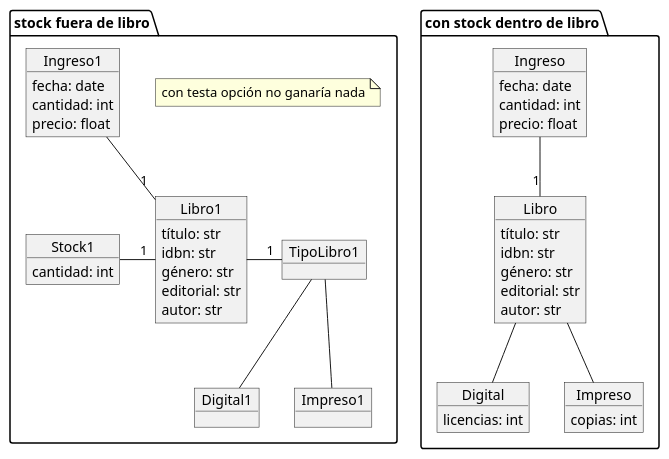
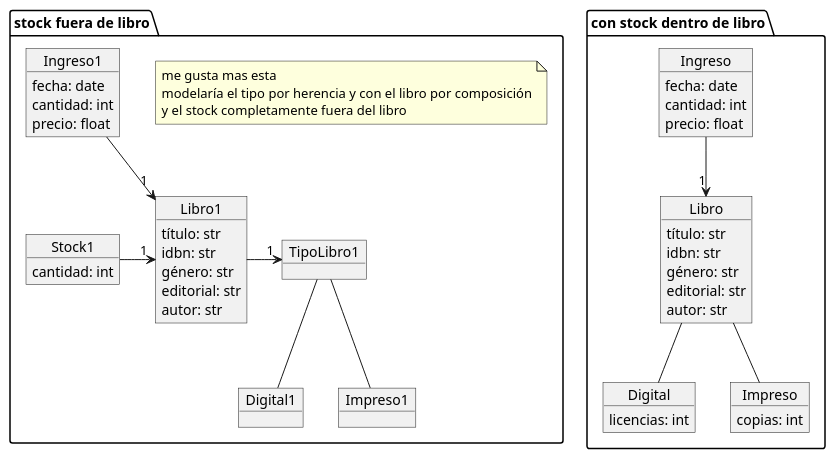
Before and after one commit to pablodanielrey/dsbm: the diagram in dudas/relaciones_temporales_modelo_dominio/ingresos.plantuml, drawn with PlantUML.

Commit message:
agregeue direccion a las asociaciones

```diff
--- a/dudas/relaciones_temporales_modelo_dominio/ingresos.plantuml
+++ b/dudas/relaciones_temporales_modelo_dominio/ingresos.plantuml
@@ -1,65 +1,65 @@
 @startuml
 
 package "con stock dentro de libro" {
     object Libro {
         título: str
         idbn: str
         género: str
         editorial: str
         autor: str
     }
     object Digital {
         licencias: int
     }
     object Impreso {
         copias: int
     }
 
     object Ingreso {
     fecha: date
     cantidad: int
     precio: float
     }
 
     Libro -d- Digital
     Libro -d- Impreso
 
-    Ingreso -d- "1" Libro
+    Ingreso -d-> "1" Libro
 }
 
 package "stock fuera de libro" {
-    note "con testa opción no ganaría nada" as n1
+    note "me gusta mas esta\nmodelaría el tipo por herencia y con el libro por composición\ny el stock completamente fuera del libro" as n1
     object Libro1 {
         título: str
         idbn: str
         género: str
         editorial: str
         autor: str
     }
     object TipoLibro1
     object Digital1
     object Impreso1
 
     object Stock1 {
         cantidad: int
     }
 
     object Ingreso1 {
         fecha: date
         cantidad: int
         precio: float
     }
 
-    Libro1 - "1" TipoLibro1
+    Libro1 -> "1" TipoLibro1
 
     TipoLibro1 -d- Digital1
     TipoLibro1 -d- Impreso1
 
-    Ingreso1 -d- "1" Libro1
+    Ingreso1 -d-> "1" Libro1
 
-    Stock1 - "1" Libro1
+    Stock1 -> "1" Libro1
 }
 
 
 
 @enduml
```
